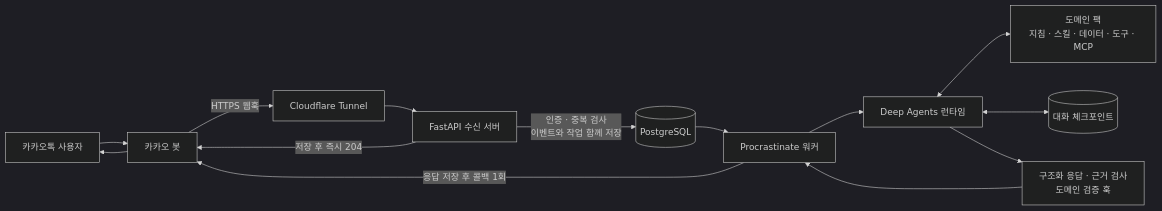
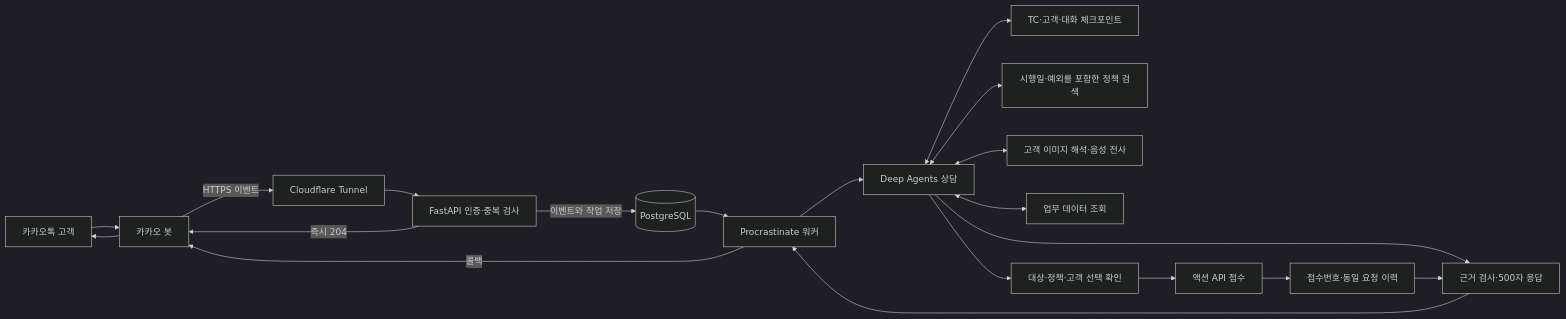
The diagram in README.md (KMINGON/kakao-bot-agent), drawn with Mermaid (dark theme) before and after one commit. The commit also changed other lines of this file and 38 other files, not shown here.

````diff
--- a/README.md
+++ b/README.md
@@ -9,16 +9,22 @@
 ```mermaid
 flowchart LR
-    U[카카오톡 사용자] --> K[카카오 봇]
-    K -->|HTTPS 웹훅| CF[Cloudflare Tunnel]
-    CF --> API[FastAPI 수신 서버]
-    API -->|인증 · 중복 검사<br/>이벤트와 작업 함께 저장| DB[(PostgreSQL)]
-    API -->|저장 후 즉시 204| K
+    U[카카오톡 고객] --> K[카카오 봇]
+    K -->|HTTPS 이벤트| C[Cloudflare Tunnel]
+    C --> A[FastAPI 인증·중복 검사]
+    A -->|이벤트와 작업 저장| DB[(PostgreSQL)]
+    A -->|즉시 204| K
     DB --> W[Procrastinate 워커]
-    W --> A[Deep Agents 런타임]
-    A <--> P[도메인 팩<br/>지침 · 스킬 · 데이터 · 도구 · MCP]
-    A <--> CP[(대화 체크포인트)]
-    A --> V[구조화 응답 · 근거 검사<br/>도메인 검증 훅]
-    V --> W
-    W -->|응답 저장 후 콜백 1회| K
+    W --> G[Deep Agents 상담]
+    G <--> S[TC·고객·대화 체크포인트]
+    G <--> P[시행일·예외를 포함한 정책 검색]
+    G <--> M[고객 이미지 해석·음성 전사]
+    G <--> R[업무 데이터 조회]
+    G --> V[대상·정책·고객 선택 확인]
+    V --> T[액션 API 접수]
+    T --> J[접수번호·동일 요청 이력]
+    G --> O[근거 검사·500자 응답]
+    J --> O
+    O --> W
+    W -->|콜백| K
     K --> U
 ```
````
